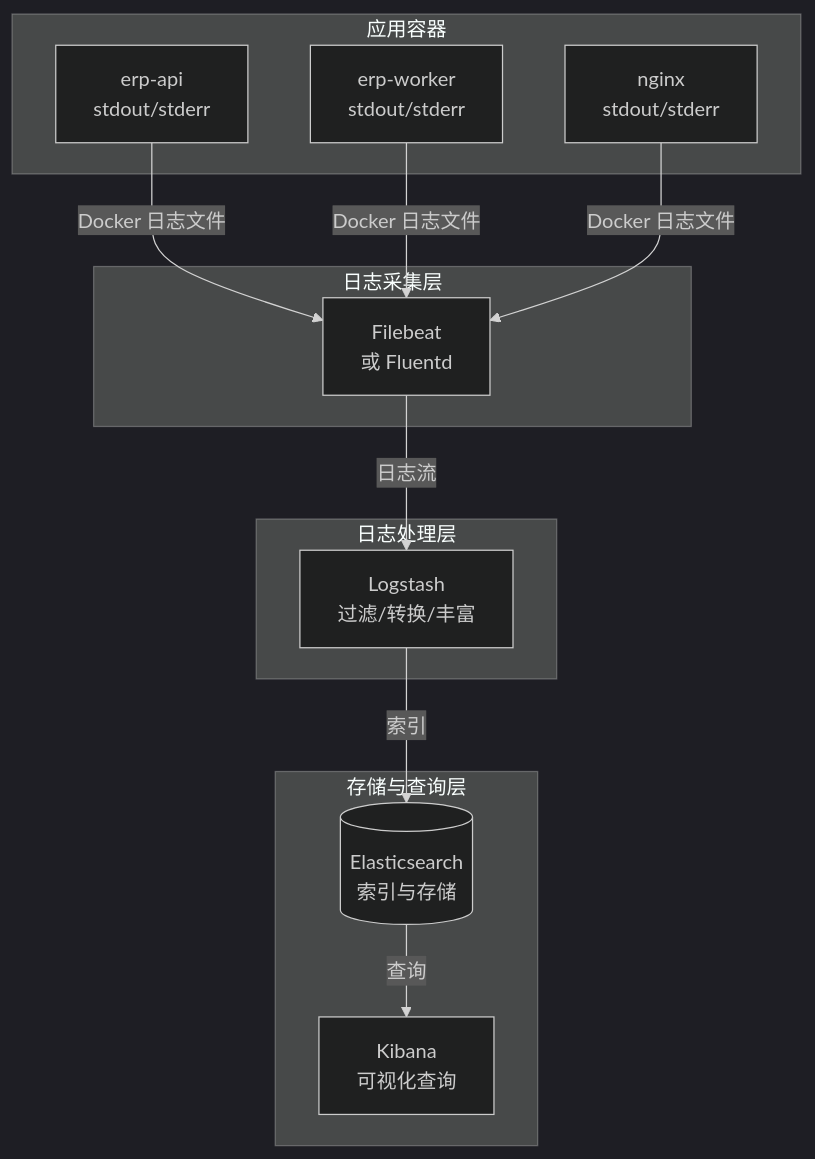
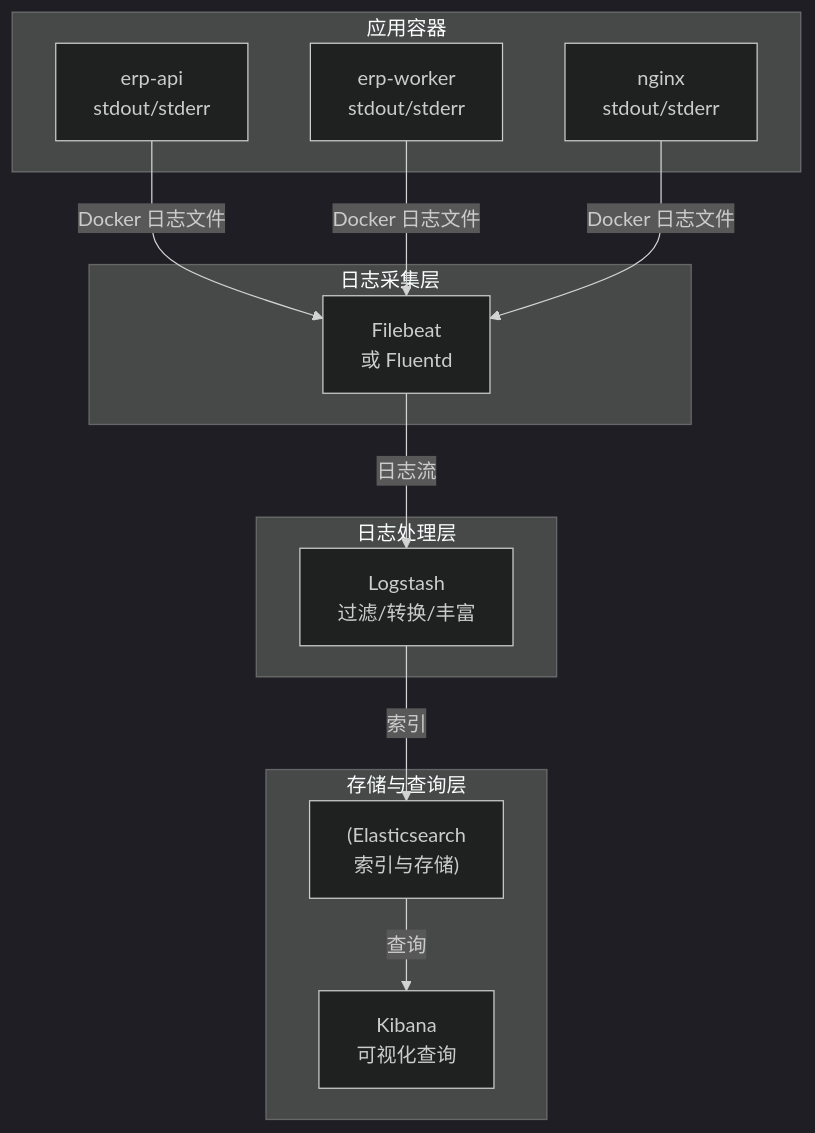
One commit to moklgydocs/moklgydocs.github.io changed the fifth of 5 diagrams in src/运维与部署/Docker_K8s/03_Docker生产实战/02_容器监控与日志.md. Above: the diagram before and after it, drawn with Mermaid (dark theme). The commit also changed other lines of this file and 178 other files, not shown here.

First line of the commit message:
fix: 修复 mermaid 图表语法错误 - 为含 <br/> 的标签添加引号、修复未闭合引号

````diff
--- a/src/运维与部署/Docker_K8s/03_Docker生产实战/02_容器监控与日志.md
+++ b/src/运维与部署/Docker_K8s/03_Docker生产实战/02_容器监控与日志.md
@@ -922,28 +922,28 @@
 ```mermaid
 graph TB
     subgraph "应用容器"
-        A1[erp-api<br/>stdout/stderr]
-        A2[erp-worker<br/>stdout/stderr]
-        A3[nginx<br/>stdout/stderr]
+        A1["erp-api<br/>stdout/stderr"]
+        A2["erp-worker<br/>stdout/stderr"]
+        A3["nginx<br/>stdout/stderr"]
     end
 
     subgraph "日志采集层"
-        FB[Filebeat<br/>或 Fluentd]
+        FB["Filebeat<br/>或 Fluentd"]
     end
 
     subgraph "日志处理层"
-        LS[Logstash<br/>过滤/转换/丰富]
+        LS["Logstash<br/>过滤/转换/丰富"]
     end
 
     subgraph "存储与查询层"
-        ES[(Elasticsearch<br/>索引与存储)]
-        KB[Kibana<br/>可视化查询]
+        ES["(Elasticsearch<br/>索引与存储)"]
+        KB["Kibana<br/>可视化查询"]
     end
 
     A1 -->|Docker 日志文件| FB
     A2 -->|Docker 日志文件| FB
     A3 -->|Docker 日志文件| FB
     FB -->|日志流| LS
     LS -->|索引| ES
     ES -->|查询| KB
 ```
````
